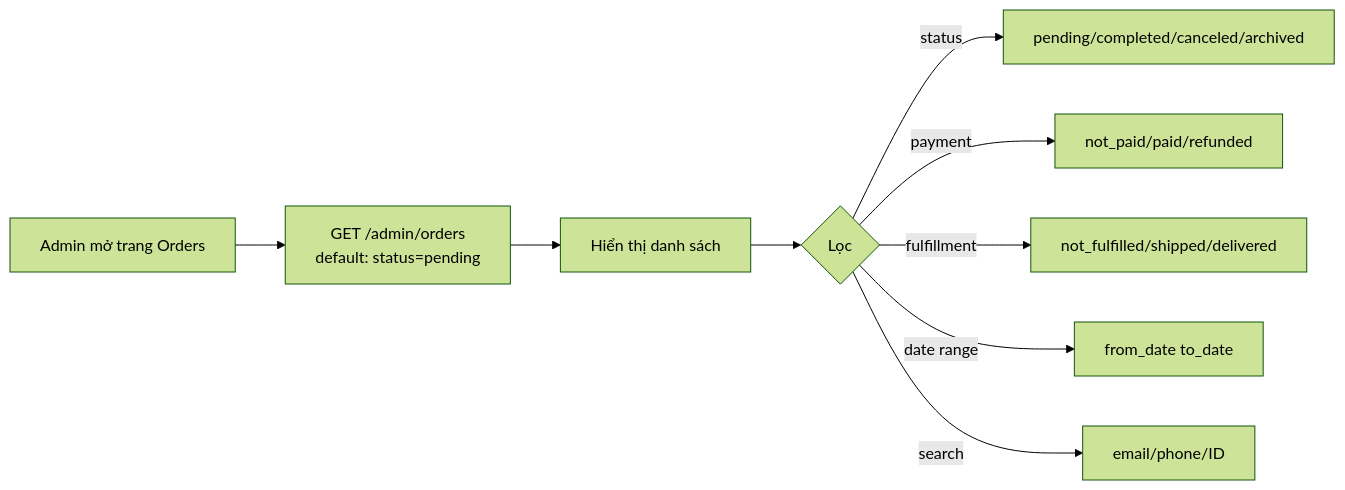
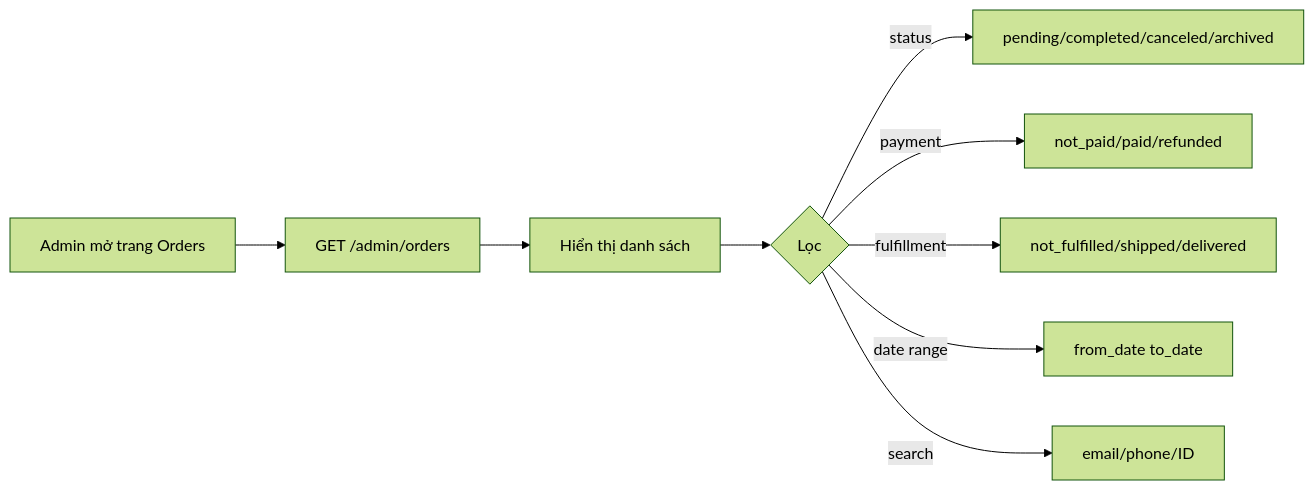
One commit to pathust/mong.fruitboxz changed the second of 2 diagrams in docs/04-orders/README.md. Above: the diagram before and after it, drawn with Mermaid (forest theme). The commit also changed other lines of this file and 1 other file, not shown here.

First line of the commit message:
docs(orders): fix colon-syntax permissions and Order metadata model

````diff
--- a/docs/04-orders/README.md
+++ b/docs/04-orders/README.md
@@ -156,11 +172,11 @@
 ```mermaid
 flowchart LR
-    A[Admin mở trang Orders] --> B[GET /admin/orders\ndefault: status=pending]
+    A[Admin mở trang Orders] --> B[GET /admin/orders]
     B --> C[Hiển thị danh sách]
     C --> D{Lọc}
     D -->|status| E[pending/completed/canceled/archived]
     D -->|payment| F[not_paid/paid/refunded]
     D -->|fulfillment| G[not_fulfilled/shipped/delivered]
     D -->|date range| H[from_date to_date]
     D -->|search| I[email/phone/ID]
 ```
````
